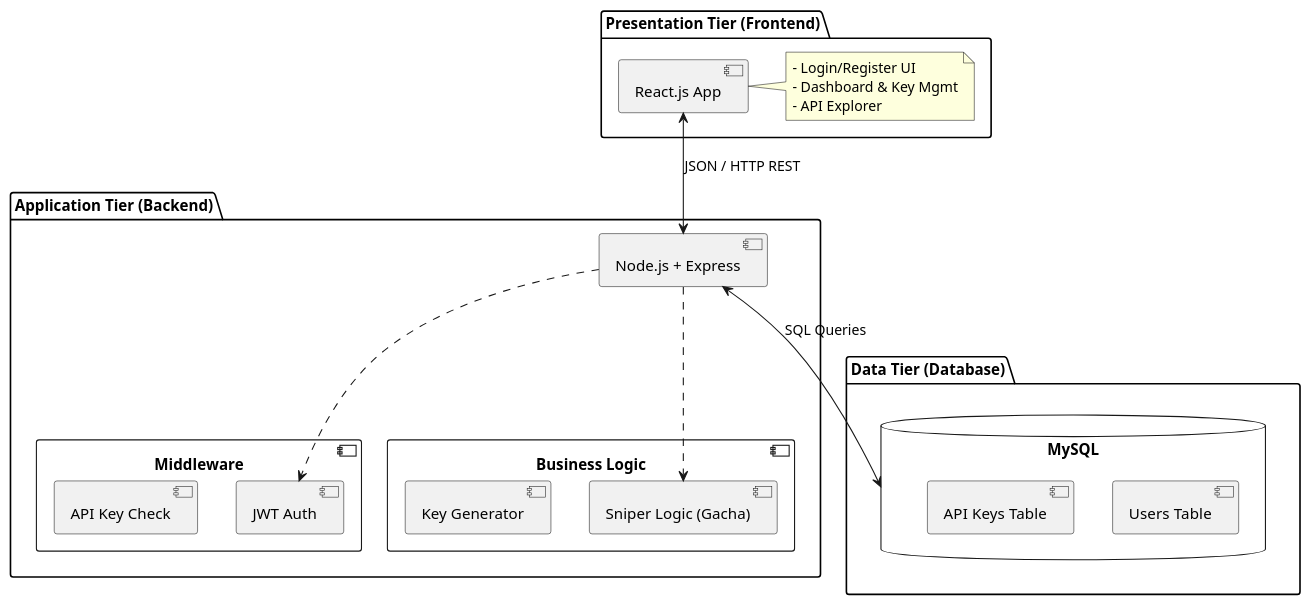
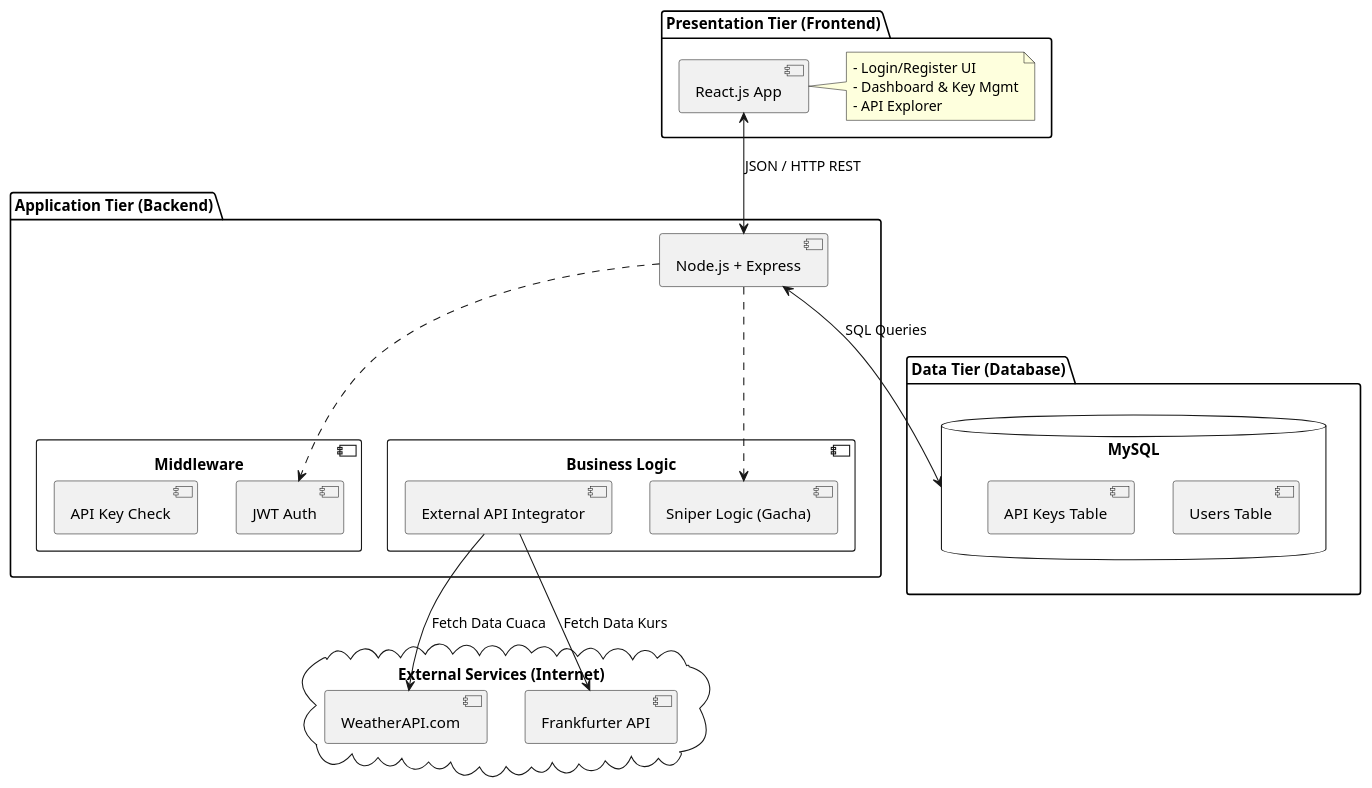
The diagram in three-tier.puml (nacho0ol/048_travel-sniper-project_PWS), drawn with PlantUML before and after one commit. The commit also changed 5 other files, not shown here.

```diff
--- a/three-tier.puml
+++ b/three-tier.puml
@@ -1,40 +1,54 @@
 @startuml
 skinparam componentStyle uml2
 
+' --- 1. PRESENTATION TIER ---
 package "Presentation Tier (Frontend)" {
     [React.js App] as Client
     note right of Client
         - Login/Register UI
         - Dashboard & Key Mgmt
         - API Explorer
     end note
 }
 
+' --- 2. APPLICATION TIER ---
 package "Application Tier (Backend)" {
     [Node.js + Express] as Server
     
     component "Middleware" {
         [JWT Auth]
         [API Key Check]
     }
     
     component "Business Logic" {
         [Sniper Logic (Gacha)]
-        [Key Generator]
+        [External API Integrator] 
     }
     
     Server ..> [JWT Auth]
     Server ..> [Sniper Logic (Gacha)]
 }
 
+' --- 3. DATA TIER ---
 package "Data Tier (Database)" {
     database "MySQL" {
         [Users Table]
         [API Keys Table]
     }
 }
 
+' --- 4. EXTERNAL TIER (INI YANG BARU) ---
+cloud "External Services (Internet)" {
+    [WeatherAPI.com] as Weather
+    [Frankfurter API] as Rates
+}
+
+' RELASI
 Client <--> Server : JSON / HTTP REST
 Server <--> MySQL : SQL Queries
 
+' Relasi ke Luar (PENTING)
+[External API Integrator] --> Weather : Fetch Data Cuaca
+[External API Integrator] --> Rates : Fetch Data Kurs
+
 @enduml
```
